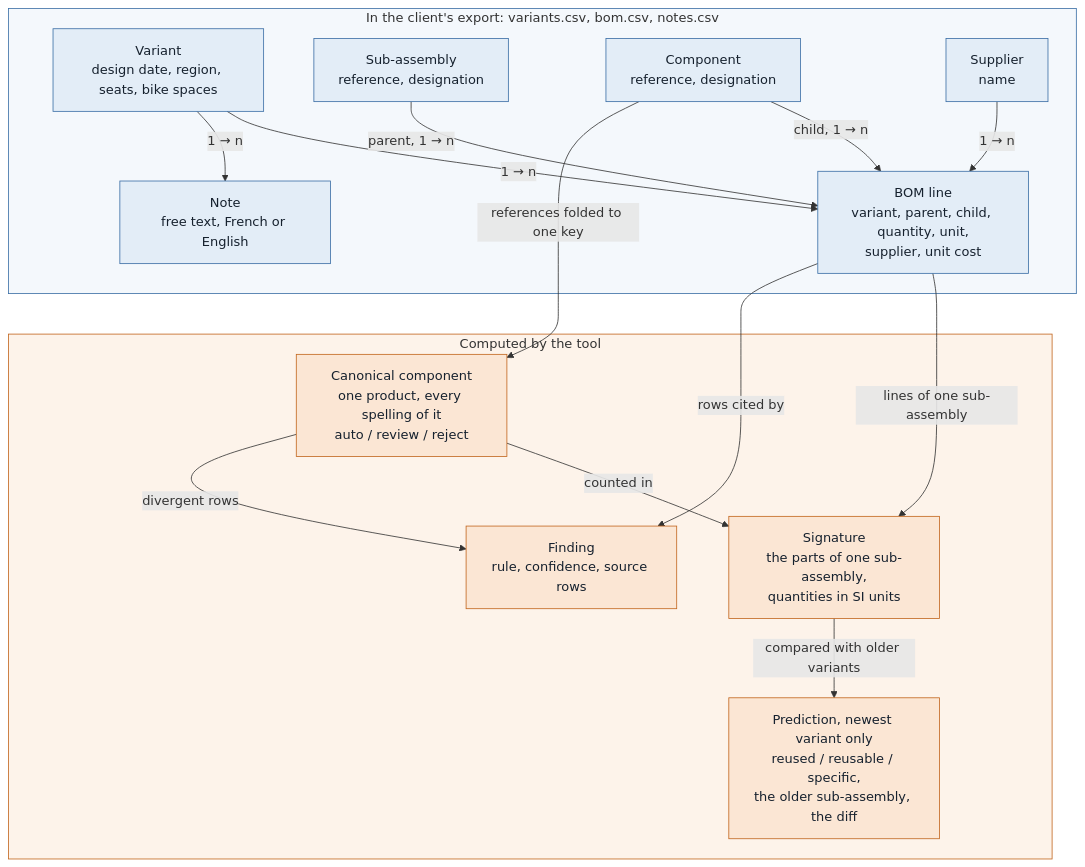
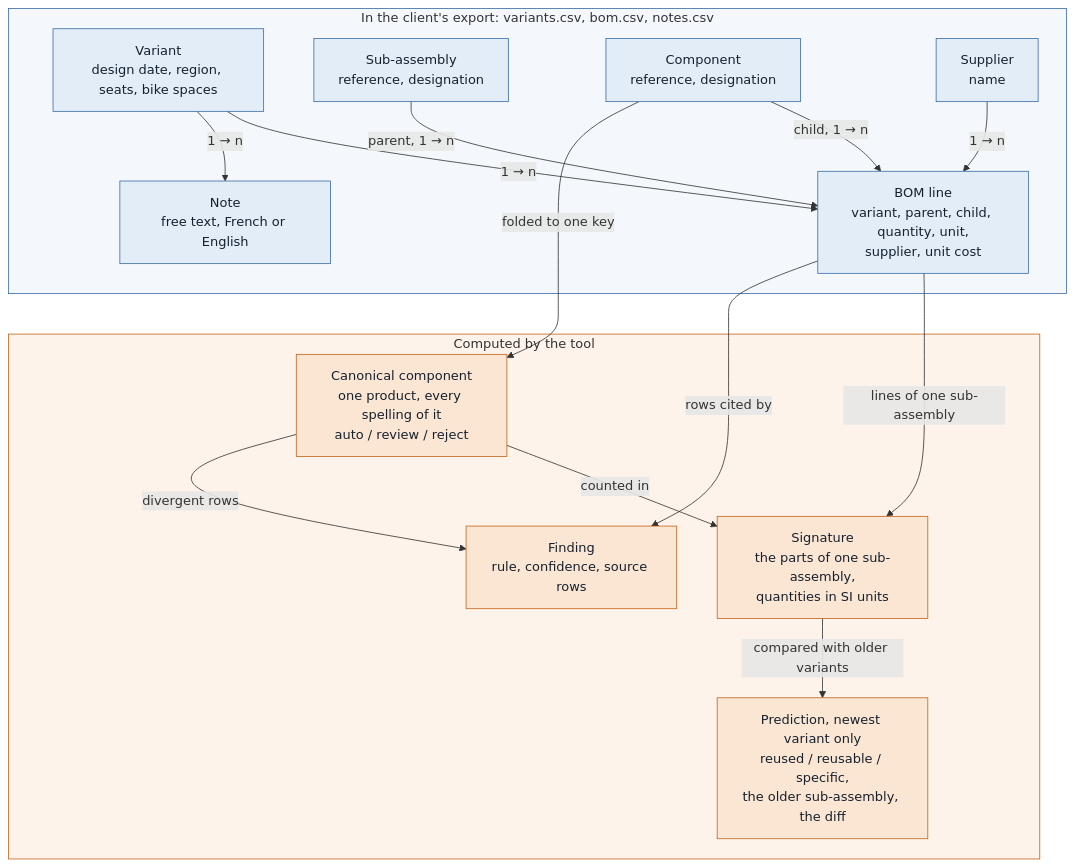
Before and after one commit to BluegReeno/alstom-bom-reuse: the first of 2 diagrams in README.md, drawn with Mermaid. The commit also changed other lines of this file, not shown here.

First line of the commit message:
docs: README — the entity model and the bike-module walkthrough as Mermaid diagrams

````diff
--- a/README.md
+++ b/README.md
@@ -48,37 +48,37 @@
 ```mermaid
 flowchart TB
     subgraph EXPORT["In the client's export: variants.csv, bom.csv, notes.csv"]
         V["Variant<br/>design date, region, seats, bike spaces"]
         L["BOM line<br/>variant, parent, child, quantity, unit,<br/>supplier, unit cost"]
         SA["Sub-assembly<br/>reference, designation"]
         C["Component<br/>reference, designation"]
         S["Supplier<br/>name"]
         N["Note<br/>free text, French or English"]
     end
     subgraph TOOL["Computed by the tool"]
         CC["Canonical component<br/>one product, every spelling of it<br/>auto / review / reject"]
         SIG["Signature<br/>the parts of one sub-assembly,<br/>quantities in SI units"]
         P["Prediction, newest variant only<br/>reused / reusable / specific,<br/>the older sub-assembly, the diff"]
         F["Finding<br/>rule, confidence, source rows"]
     end
     V -- "1 → n" --> L
     SA -- "parent, 1 → n" --> L
     C -- "child, 1 → n" --> L
     S -- "1 → n" --> L
     V -- "1 → n" --> N
     L ~~~ CC
-    C -- "references folded to one key" --> CC
+    C -- "folded to one key" --> CC
     L -- "lines of one sub-assembly" --> SIG
     CC -- "counted in" --> SIG
     SIG -- "compared with older variants" --> P
     L -- "rows cited by" --> F
     CC -- "divergent rows" --> F
     EXPORT ~~~ TOOL
 
     classDef client fill:#E3EDF7,stroke:#3A6EA5,color:#16212E
     classDef computed fill:#FBE6D4,stroke:#C2661E,color:#16212E
     class V,L,SA,C,S,N client
     class CC,SIG,P,F computed
     style EXPORT fill:#F4F8FC,stroke:#3A6EA5
     style TOOL fill:#FDF3EA,stroke:#C2661E
 ```
````
